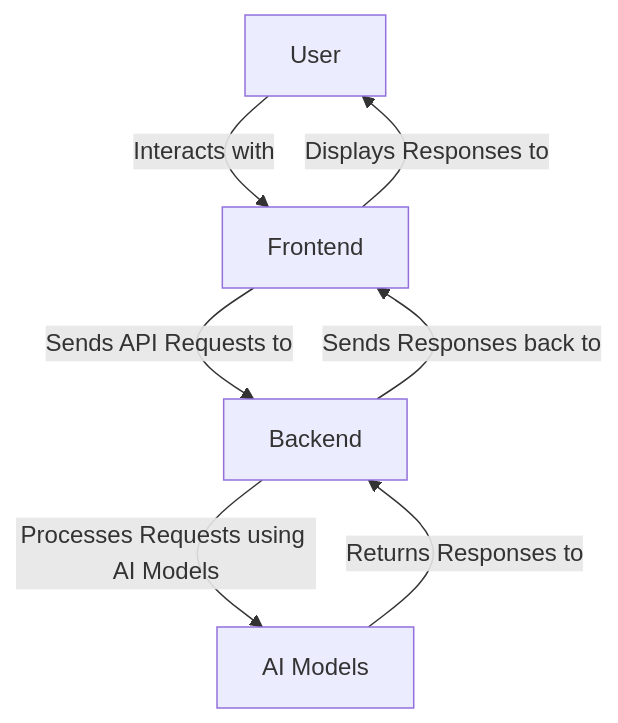
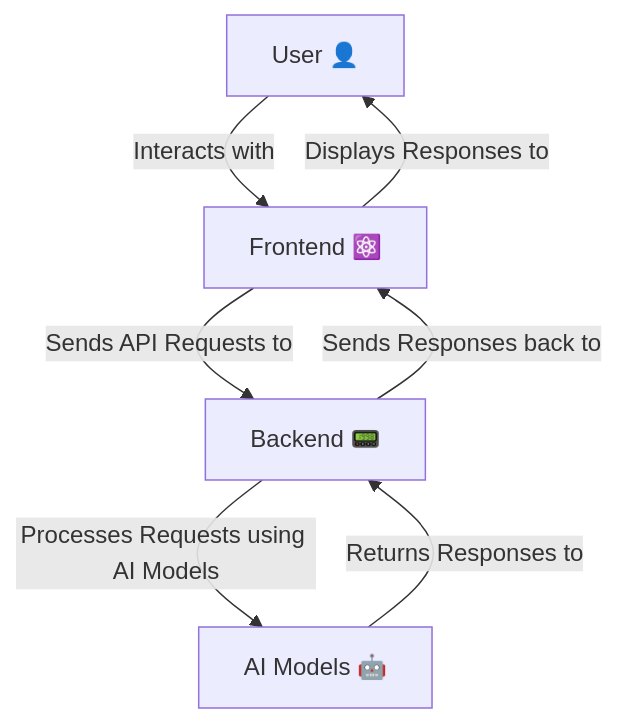
Before and after one commit to hiteshsahu/PromptBridge: the diagram in README.md, drawn with Mermaid. The commit also changed other lines of this file, not shown here.

Commit message:
Add Front end and Backend FastAPI

````diff
--- a/README.md
+++ b/README.md
@@ -5,10 +5,10 @@
 ```mermaid
 
 graph TD
-    A[User] -->|Interacts with| B[Frontend]
-    B -->|Sends API Requests to| C[Backend]
-    C -->| Processes Requests using AI Models | D[AI Models]
+    A[User 👤] -->|Interacts with| B[Frontend ⚛️]
+    B -->|Sends API Requests to| C[Backend 📟]
+    C -->| Processes Requests using AI Models | D[AI Models 🤖]
     D -->|Returns Responses to| C
     C -->|Sends Responses back to| B
     B -->|Displays Responses to| A
 ```
````
